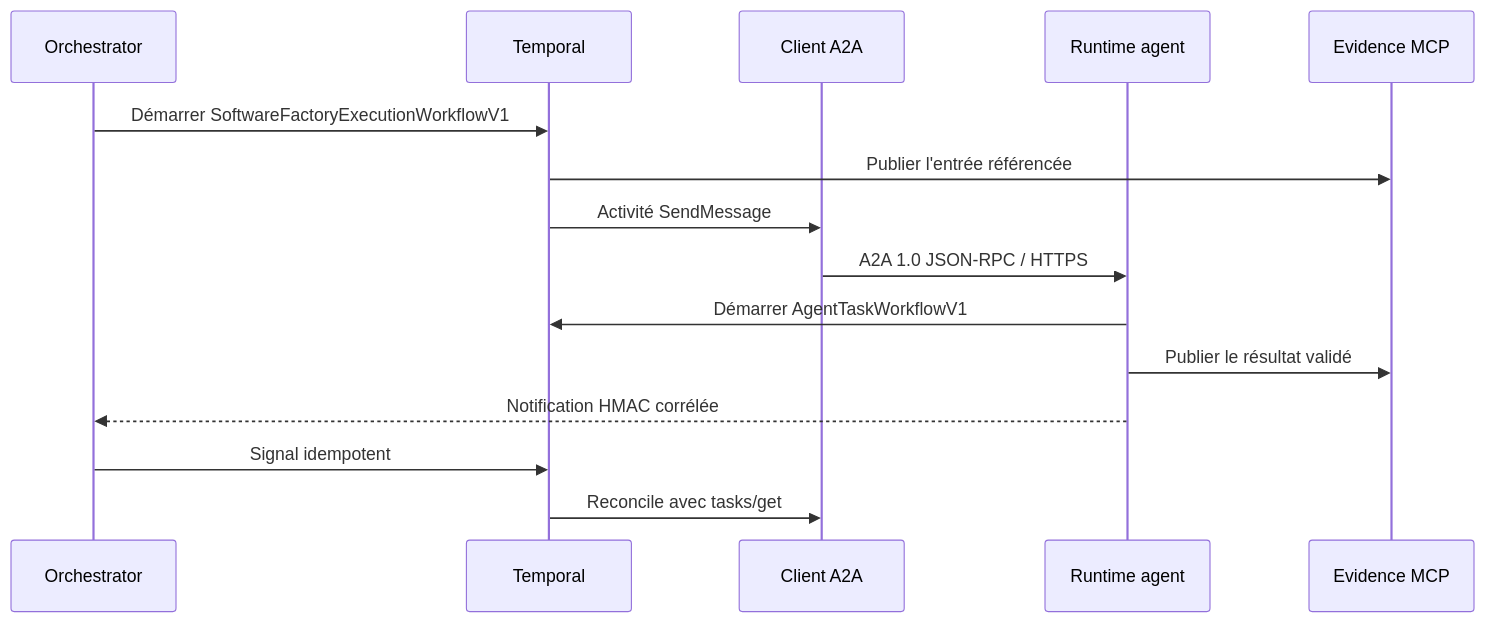
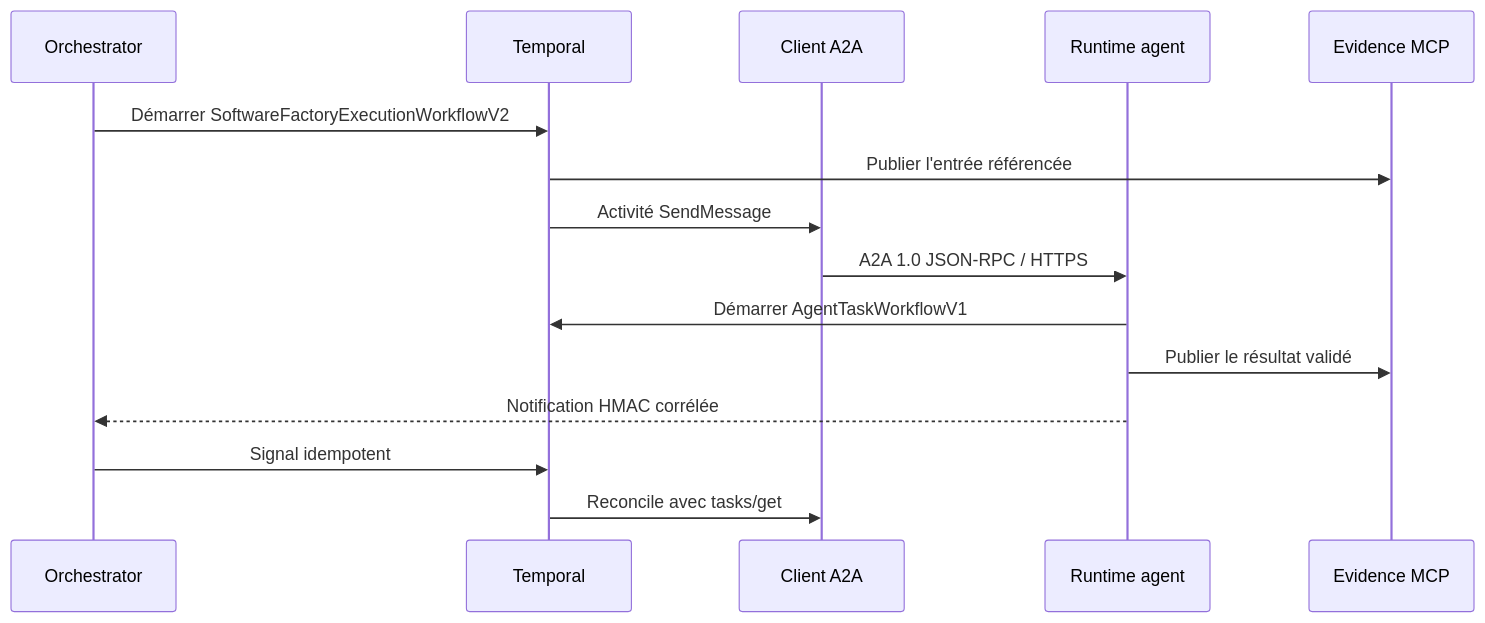
Before and after one commit to dbeaumont/ai-software-factory-local: the third of 6 diagrams in docs/overview/architecture-overview.md, drawn with Mermaid. The commit also changed 3 other files, not shown here.

Commit message:
docs(architecture): describe native hierarchical v2 paths

````diff
--- a/docs/overview/architecture-overview.md
+++ b/docs/overview/architecture-overview.md
@@ -82,18 +82,18 @@
 ```mermaid
 sequenceDiagram
   participant O as Orchestrator
   participant T as Temporal
   participant C as Client A2A
   participant R as Runtime agent
   participant E as Evidence MCP
 
-  O->>T: Démarrer SoftwareFactoryExecutionWorkflowV1
+  O->>T: Démarrer SoftwareFactoryExecutionWorkflowV2
   T->>E: Publier l'entrée référencée
   T->>C: Activité SendMessage
   C->>R: A2A 1.0 JSON-RPC / HTTPS
   R->>T: Démarrer AgentTaskWorkflowV1
   R->>E: Publier le résultat validé
   R-->>O: Notification HMAC corrélée
   O->>T: Signal idempotent
   T->>C: Reconcile avec tasks/get
 ```
````
